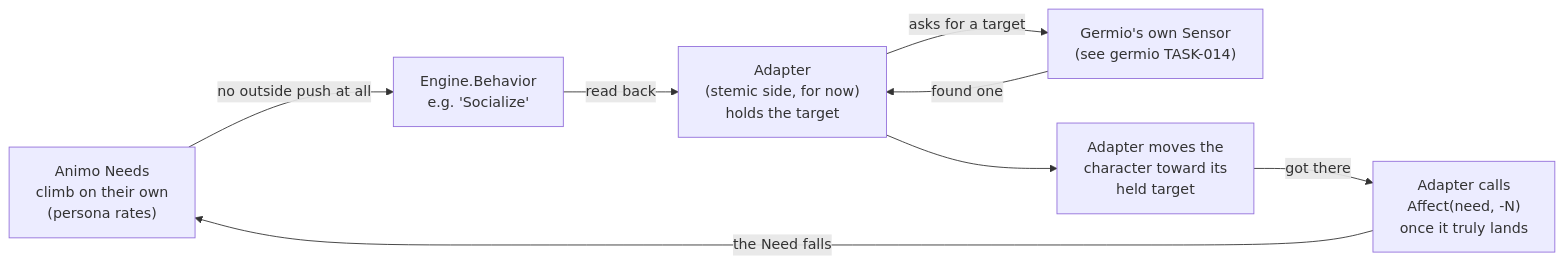
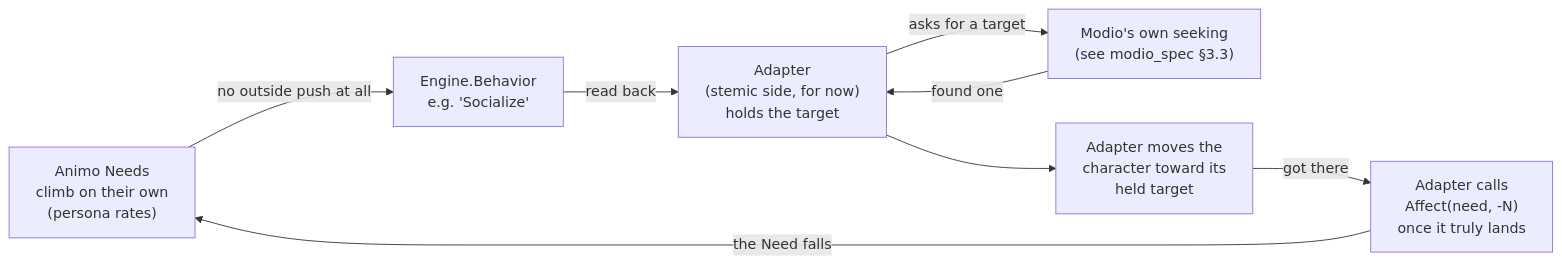
One commit to hiroxpepe/animo changed the diagram in docs/adapter_spec.md. Above: the diagram before and after it, drawn with Mermaid. The commit also changed other lines of this file and 1 other file, not shown here.

Commit message:
docs: Update the whole set, moving seeking beside a memory

````diff
--- a/docs/adapter_spec.md
+++ b/docs/adapter_spec.md
@@ -71,16 +74,16 @@
 ```mermaid
 flowchart LR
   N["Animo Needs<br/>climb on their own<br/>(persona rates)"]
   B["Engine.Behavior<br/>e.g. 'Socialize'"]
   A["Adapter<br/>(stemic side, for now)<br/>holds the target"]
-  S["Germio's own Sensor<br/>(see germio TASK-014)"]
+  S["Modio's own seeking<br/>(see modio_spec §3.3)"]
   M["Adapter moves the<br/>character toward its<br/>held target"]
   F["Adapter calls<br/>Affect(need, -N)<br/>once it truly lands"]
   N -- "no outside push at all" --> B
   B -- "read back" --> A
   A -- "asks for a target" --> S
   S -- "found one" --> A
   A --> M
   M -- "got there" --> F
   F -- "the Need falls" --> N
 ```
````
